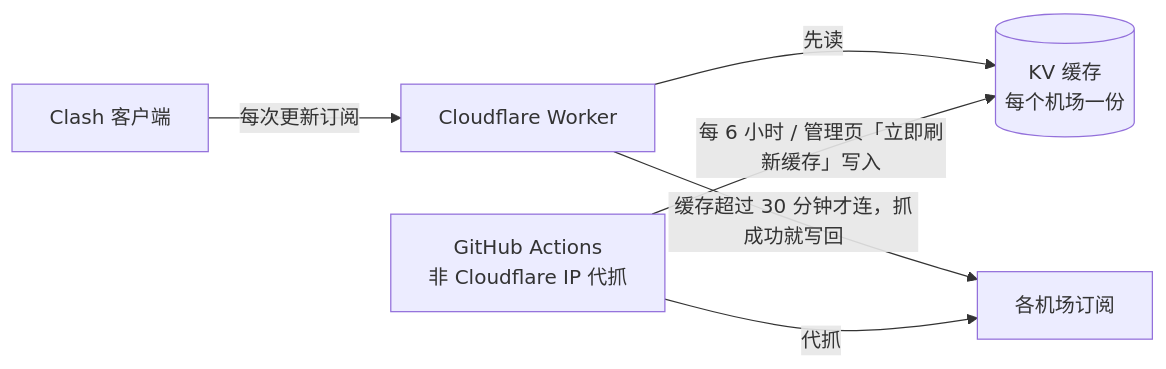
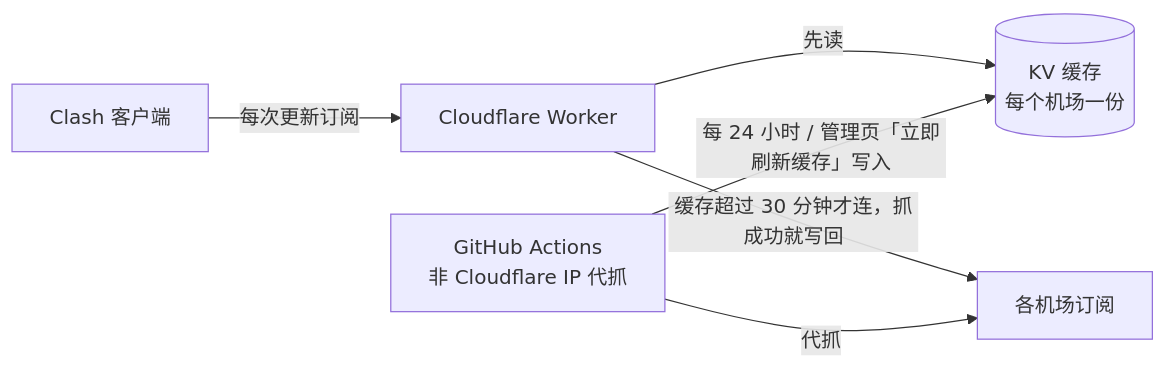
One commit to exusiai-team/MyClash changed the diagram in README.md. Above: the diagram before and after it, drawn with Mermaid. The commit also changed other lines of this file and 1 other file, not shown here.

````diff
--- a/README.md
+++ b/README.md
@@ -15,8 +15,8 @@
 ```mermaid
 flowchart LR
   C[Clash 客户端] -- 每次更新订阅 --> W[Cloudflare Worker]
   W -- 先读 --> K[(KV 缓存<br/>每个机场一份)]
   W -- 缓存超过 30 分钟才连，抓成功就写回 --> A[各机场订阅]
-  G[GitHub Actions<br/>非 Cloudflare IP 代抓] -- 每 6 小时 / 管理页「立即刷新缓存」写入 --> K
+  G[GitHub Actions<br/>非 Cloudflare IP 代抓] -- 每 24 小时 / 管理页「立即刷新缓存」写入 --> K
   G -- 代抓 --> A
 ```
````
